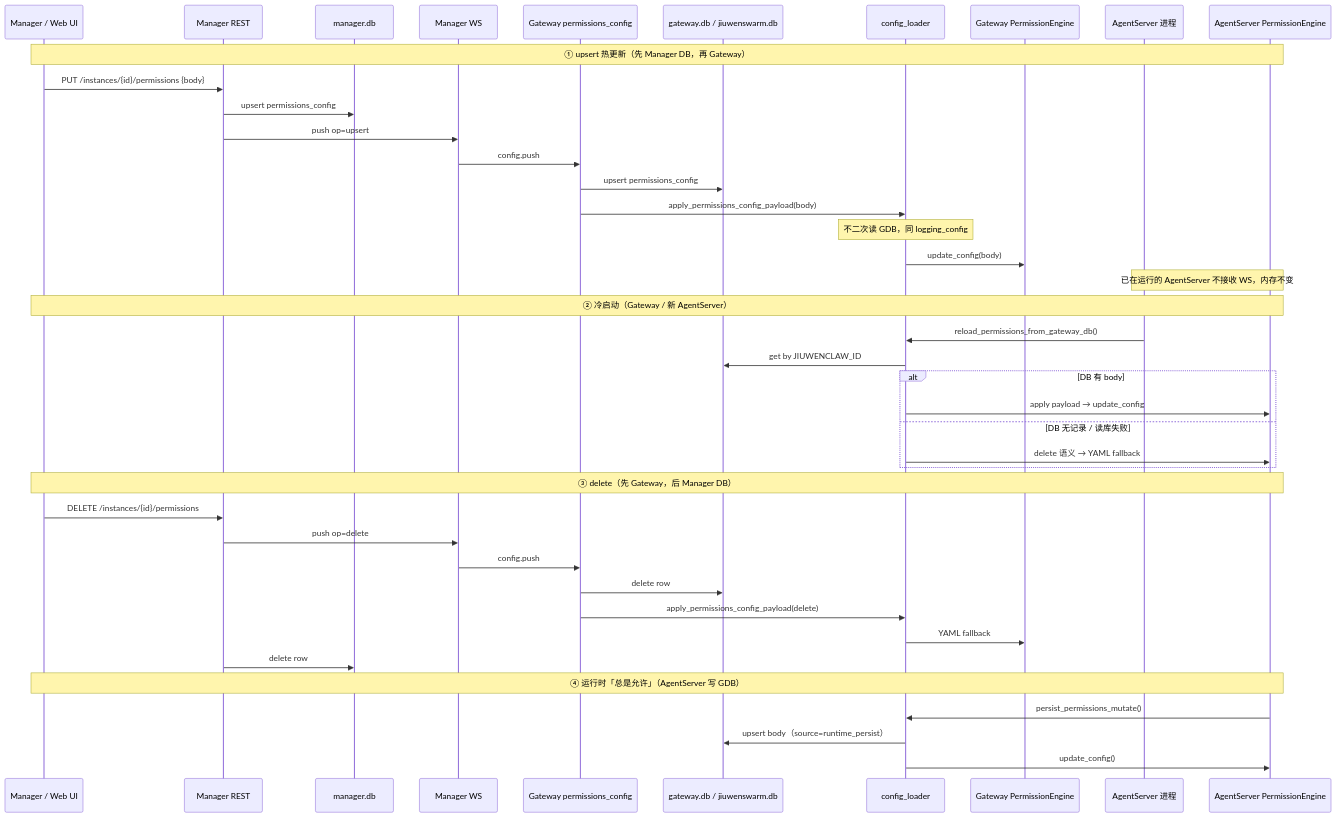
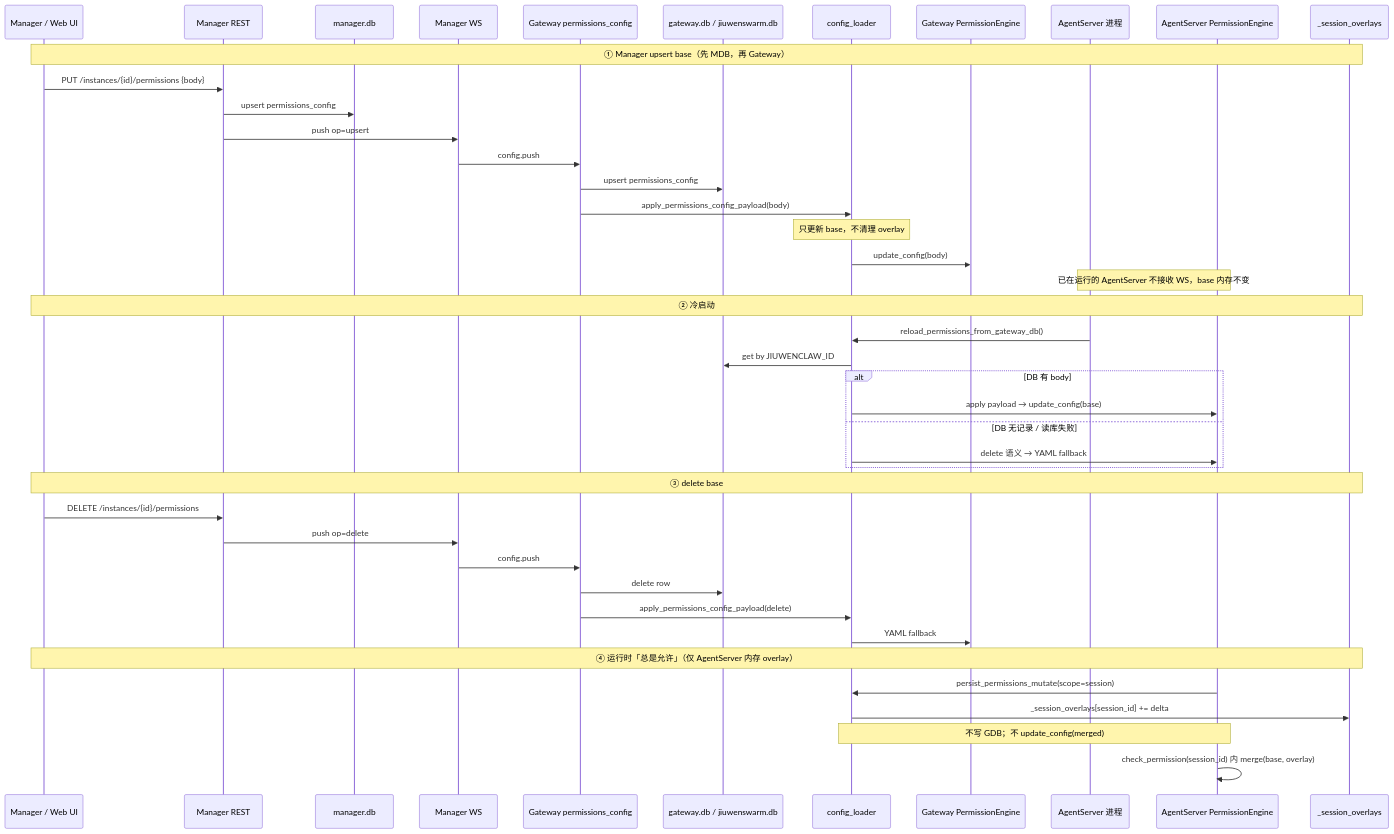
Before and after one commit to openJiuwen-ai/jiuwenclaw: the second of 4 diagrams in docs/zh/permissions_config_architecture.md, drawn with Mermaid. The commit also changed other lines of this file and 9 other files, not shown here.

First paragraph of the commit message:
feat(permissions): 企业版引入 base/overlay 分层与会话级权限 overlay

````diff
--- a/docs/zh/permissions_config_architecture.md
+++ b/docs/zh/permissions_config_architecture.md
@@ -214,47 +313,48 @@
 ```mermaid
 sequenceDiagram
     participant UI as Manager / Web UI
     participant MREST as Manager REST
     participant MDB as manager.db
     participant MWS as Manager WS
     participant GWS as Gateway permissions_config
     participant GDB as gateway.db / jiuwenswarm.db
     participant CL as config_loader
     participant GPE as Gateway PermissionEngine
     participant AS as AgentServer 进程
     participant APE as AgentServer PermissionEngine
+    participant OV as _session_overlays
 
-    Note over UI,APE: ① upsert 热更新（先 Manager DB，再 Gateway）
+    Note over UI,OV: ① Manager upsert base（先 MDB，再 Gateway）
     UI->>MREST: PUT /instances/{id}/permissions {body}
     MREST->>MDB: upsert permissions_config
     MREST->>MWS: push op=upsert
     MWS->>GWS: config.push
     GWS->>GDB: upsert permissions_config
     GWS->>CL: apply_permissions_config_payload(body)
-    Note over CL: 不二次读 GDB，同 logging_config
+    Note over CL: 只更新 base，不清理 overlay
     CL->>GPE: update_config(body)
-    Note over AS,APE: 已在运行的 AgentServer 不接收 WS，内存不变
+    Note over AS,APE: 已在运行的 AgentServer 不接收 WS，base 内存不变
 
-    Note over UI,APE: ② 冷启动（Gateway / 新 AgentServer）
+    Note over UI,OV: ② 冷启动
     AS->>CL: reload_permissions_from_gateway_db()
     CL->>GDB: get by JIUWENCLAW_ID
     alt DB 有 body
-        CL->>APE: apply payload → update_config
+        CL->>APE: apply payload → update_config(base)
     else DB 无记录 / 读库失败
         CL->>APE: delete 语义 → YAML fallback
     end
 
-    Note over UI,APE: ③ delete（先 Gateway，后 Manager DB）
+    Note over UI,OV: ③ delete base
     UI->>MREST: DELETE /instances/{id}/permissions
     MREST->>MWS: push op=delete
     MWS->>GWS: config.push
     GWS->>GDB: delete row
     GWS->>CL: apply_permissions_config_payload(delete)
     CL->>GPE: YAML fallback
-    MREST->>MDB: delete row
 
-    Note over UI,APE: ④ 运行时「总是允许」（AgentServer 写 GDB）
-    APE->>CL: persist_permissions_mutate()
-    CL->>GDB: upsert body（source=runtime_persist）
-    CL->>APE: update_config()
+    Note over UI,OV: ④ 运行时「总是允许」（仅 AgentServer 内存 overlay）
+    APE->>CL: persist_permissions_mutate(scope=session)
+    CL->>OV: _session_overlays[session_id] += delta
+    Note over CL,APE: 不写 GDB；不 update_config(merged)
+    APE->>APE: check_permission(session_id) 内 merge(base, overlay)
 ```
````
